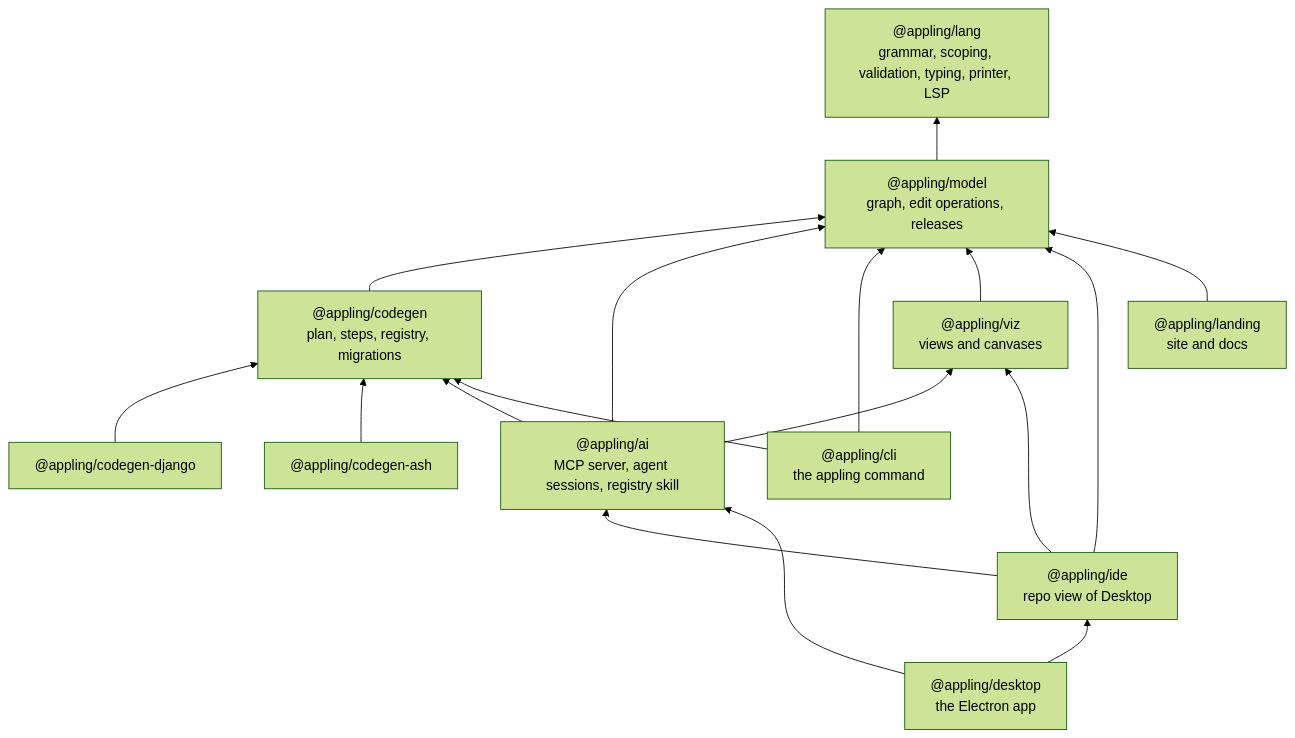
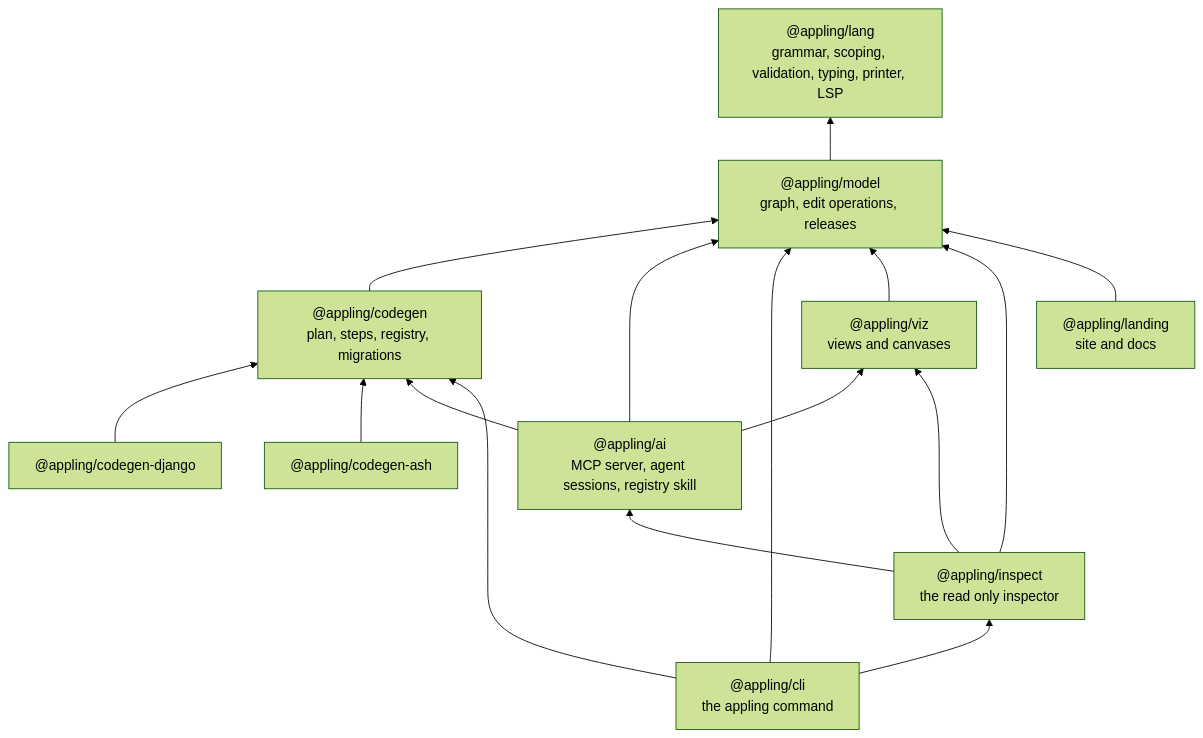
The first of 2 diagrams in docs/contributing/architecture.md (alex20465/appling), drawn with Mermaid (forest theme) before and after one commit. The commit also changed other lines of this file and 312 other files, not shown here.

First line of the commit message:
refactor!: turn the ide into the read only @appling/inspect

````diff
--- a/docs/contributing/architecture.md
+++ b/docs/contributing/architecture.md
@@ -10,30 +10,28 @@
 ```mermaid
 flowchart BT
   lang["@appling/lang<br/>grammar, scoping, validation, typing, printer, LSP"]
   model["@appling/model<br/>graph, edit operations, releases"]
   codegen["@appling/codegen<br/>plan, steps, registry, migrations"]
   django["@appling/codegen-django"]
   ash["@appling/codegen-ash"]
   ai["@appling/ai<br/>MCP server, agent sessions, registry skill"]
   cli["@appling/cli<br/>the appling command"]
   viz["@appling/viz<br/>views and canvases"]
-  ide["@appling/ide<br/>repo view of Desktop"]
-  desktop["@appling/desktop<br/>the Electron app"]
+  inspect["@appling/inspect<br/>the read only inspector"]
   landing["@appling/landing<br/>site and docs"]
   model --> lang
   codegen --> model
   django --> codegen
   ash --> codegen
   ai --> model
   ai --> codegen
   cli --> model
   cli --> codegen
   ai --> viz
   viz --> model
-  ide --> model
-  ide --> ai
-  ide --> viz
-  desktop --> ide
-  desktop --> ai
+  inspect --> model
+  inspect --> ai
+  inspect --> viz
+  cli --> inspect
   landing --> model
 ```
````
